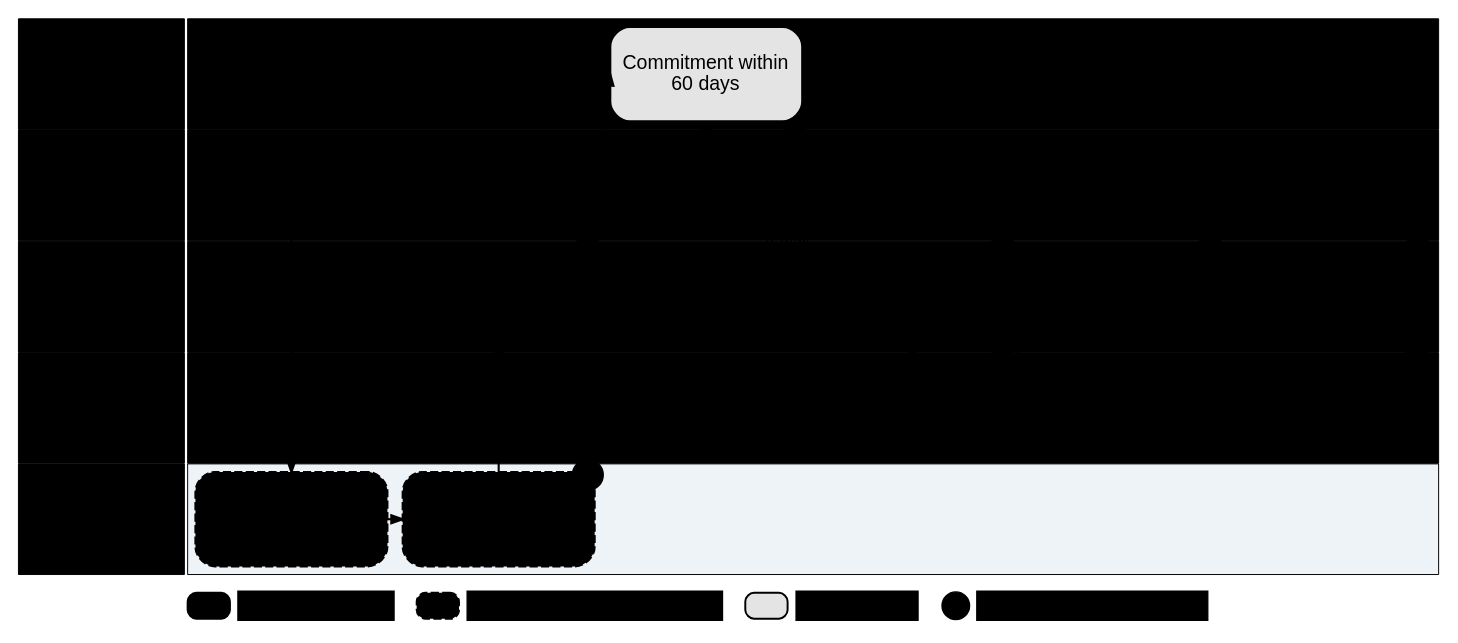
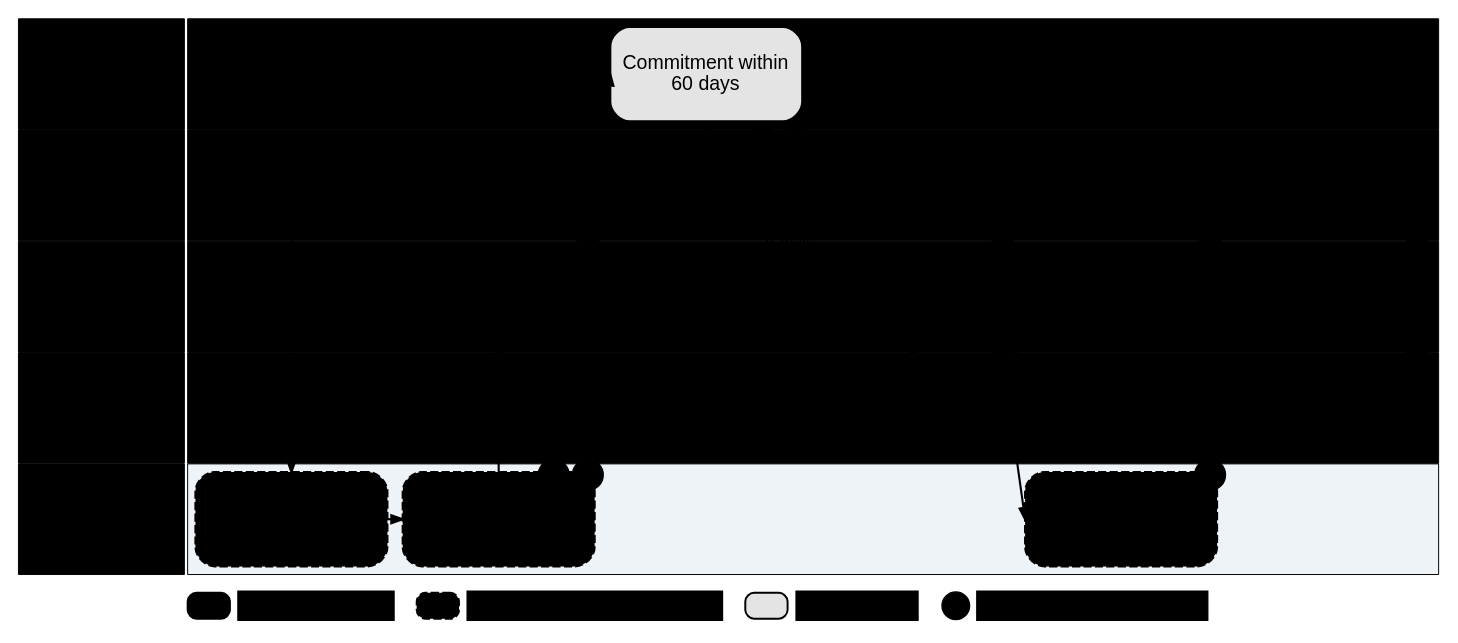
One commit to IortaTexhNXT-DEV/FinVerse changed the diagram in docs/deliverables/src/decks/figures/brd04_asis.dot. Above: the diagram before and after it, drawn with Graphviz. The commit also changed 70 other files, not shown here.

First line of the commit message:
Issue the business process deck v2.0 as the reverse KT to BDOI after the floor walks

```diff
--- a/docs/deliverables/src/decks/figures/brd04_asis.dot
+++ b/docs/deliverables/src/decks/figures/brd04_asis.dot
@@ -1,4 +1,4 @@
-// BRD-4 Collections: As-Is swimlane. Premium receivable follow-up today (CMS BRD p.40-41)
+// Collections: As-Is swimlane. Premium receivable follow-up today (Marketing Collections process flow; BRD-4 p.40-41; CO-01 to CO-03)
 // Generated by docs/deliverables/src/decks/build_process_deck.py from the YAML in
 // process_deck/; edit the YAML and rebuild. Colour tokens are replaced at render time.
 digraph brd04_asis {
@@ -7,43 +7,47 @@
   edge [fontname="Arial"];
   c0 [pos="0,0!", shape=point, width=0.01, style=invis];
   c1 [pos="873.0,372.0!", shape=point, width=0.01, style=invis];
-  r1 [pos="488.5,337.8!", shape=box, style="filled", fillcolor="@DIRTY_WHITE", color="@BORDER", penwidth=0.6, width=10.681, height=0.950, fixedsize=true, margin="0.03,0.02", label=""];
-  r2 [pos="51.0,337.8!", shape=box, style="filled", fillcolor="@MUTED", color="@WHITE", penwidth=0.6, width=1.417, height=0.950, fixedsize=true, margin="0.03,0.02", label=<<font point-size="11.5" color="@WHITE"><b>Client</b></font>>];
-  r3 [pos="488.5,269.4!", shape=box, style="filled", fillcolor="@WHITE", color="@BORDER", penwidth=0.6, width=10.681, height=0.950, fixedsize=true, margin="0.03,0.02", label=""];
-  r4 [pos="51.0,269.4!", shape=box, style="filled", fillcolor="@HEADER_BLUE", color="@WHITE", penwidth=0.6, width=1.417, height=0.950, fixedsize=true, margin="0.03,0.02", label=<<font point-size="11.5" color="@WHITE"><b>Marketing AO</b></font>>];
-  r5 [pos="488.5,201.0!", shape=box, style="filled", fillcolor="@WHITE", color="@BORDER", penwidth=0.6, width=10.681, height=0.950, fixedsize=true, margin="0.03,0.02", label=""];
-  r6 [pos="51.0,201.0!", shape=box, style="filled", fillcolor="@HEADER_BLUE", color="@WHITE", penwidth=0.6, width=1.417, height=0.950, fixedsize=true, margin="0.03,0.02", label=<<font point-size="11.5" color="@WHITE"><b>Collection<br/>Handler</b></font>>];
-  r7 [pos="488.5,132.6!", shape=box, style="filled", fillcolor="@WHITE", color="@BORDER", penwidth=0.6, width=10.681, height=0.950, fixedsize=true, margin="0.03,0.02", label=""];
-  r8 [pos="51.0,132.6!", shape=box, style="filled", fillcolor="@HEADER_BLUE", color="@WHITE", penwidth=0.6, width=1.417, height=0.950, fixedsize=true, margin="0.03,0.02", label=<<font point-size="11.5" color="@WHITE"><b>Operations,<br/>Cashiering</b></font>>];
-  r9 [pos="488.5,64.2!", shape=box, style="filled", fillcolor="#EEF3F8", color="@BORDER", penwidth=0.6, width=10.681, height=0.950, fixedsize=true, margin="0.03,0.02", label=""];
-  r10 [pos="51.0,64.2!", shape=box, style="filled", fillcolor="@FIELD_BLUE", color="@WHITE", penwidth=0.6, width=1.417, height=0.950, fixedsize=true, margin="0.03,0.02", label=<<font point-size="11.5" color="@NEAR_BLACK"><b>EBIX, QPS,<br/>ISYS, Excel</b></font>>];
+  zz_r1 [pos="488.5,337.8!", shape=box, style="filled", fillcolor="@DIRTY_WHITE", color="@BORDER", penwidth=0.6, width=10.681, height=0.950, fixedsize=true, margin="0.03,0.02", label=""];
+  zz_r2 [pos="51.0,337.8!", shape=box, style="filled", fillcolor="@MUTED", color="@WHITE", penwidth=0.6, width=1.417, height=0.950, fixedsize=true, margin="0.03,0.02", label=<<font point-size="11.5" color="@WHITE"><b>Client</b></font>>];
+  zz_r3 [pos="488.5,269.4!", shape=box, style="filled", fillcolor="@WHITE", color="@BORDER", penwidth=0.6, width=10.681, height=0.950, fixedsize=true, margin="0.03,0.02", label=""];
+  zz_r4 [pos="51.0,269.4!", shape=box, style="filled", fillcolor="@HEADER_BLUE", color="@WHITE", penwidth=0.6, width=1.417, height=0.950, fixedsize=true, margin="0.03,0.02", label=<<font point-size="11.5" color="@WHITE"><b>Marketing AO</b></font>>];
+  zz_r5 [pos="488.5,201.0!", shape=box, style="filled", fillcolor="@WHITE", color="@BORDER", penwidth=0.6, width=10.681, height=0.950, fixedsize=true, margin="0.03,0.02", label=""];
+  zz_r6 [pos="51.0,201.0!", shape=box, style="filled", fillcolor="@HEADER_BLUE", color="@WHITE", penwidth=0.6, width=1.417, height=0.950, fixedsize=true, margin="0.03,0.02", label=<<font point-size="11.5" color="@WHITE"><b>Collection<br/>Handler</b></font>>];
+  zz_r7 [pos="488.5,132.6!", shape=box, style="filled", fillcolor="@WHITE", color="@BORDER", penwidth=0.6, width=10.681, height=0.950, fixedsize=true, margin="0.03,0.02", label=""];
+  zz_r8 [pos="51.0,132.6!", shape=box, style="filled", fillcolor="@HEADER_BLUE", color="@WHITE", penwidth=0.6, width=1.417, height=0.950, fixedsize=true, margin="0.03,0.02", label=<<font point-size="11.5" color="@WHITE"><b>Operations,<br/>Cashiering,<br/>insurer</b></font>>];
+  zz_r9 [pos="488.5,64.2!", shape=box, style="filled", fillcolor="#EEF3F8", color="@BORDER", penwidth=0.6, width=10.681, height=0.950, fixedsize=true, margin="0.03,0.02", label=""];
+  zz_r10 [pos="51.0,64.2!", shape=box, style="filled", fillcolor="@FIELD_BLUE", color="@WHITE", penwidth=0.6, width=1.417, height=0.950, fixedsize=true, margin="0.03,0.02", label=<<font point-size="11.5" color="@NEAR_BLACK"><b>EBIX, ICS,<br/>ISYS, Excel</b></font>>];
   a1 [pos="167.8,269.4!", shape=box, style="rounded,filled", fillcolor="@WHITE", color="@HEADER_BLUE", penwidth=1.3, width=1.632, height=0.811, fixedsize=true, margin="0.03,0.02", label=<<font point-size="12" color="@NEAR_BLACK">Client instruction<br/>noted</font>>];
   a2 [pos="167.8,64.2!", shape=box, style="rounded,filled,dashed", fillcolor="@WHITE", color="@MUTED", penwidth=1.3, width=1.632, height=0.811, fixedsize=true, margin="0.03,0.02", label=<<font point-size="12" color="@NEAR_BLACK">Marketing Diary in<br/>ISYS</font>>];
-  a3 [pos="295.2,64.2!", shape=box, style="rounded,filled,dashed", fillcolor="@WHITE", color="@MUTED", penwidth=1.3, width=1.632, height=0.811, fixedsize=true, margin="0.03,0.02", label=<<font point-size="12" color="@NEAR_BLACK">PR list from EBIX<br/>by segment</font>>];
-  m11 [pos="350.0,91.4!", shape=circle, style=filled, fillcolor="@YELLOW", color="@NEAR_BLACK", penwidth=0.8, width=0.264, height=0.264, fixedsize=true, label=<<font point-size="11" color="@NEAR_BLACK"><b>1</b></font>>];
-  a4 [pos="295.2,201.0!", shape=box, style="rounded,filled", fillcolor="@WHITE", color="@HEADER_BLUE", penwidth=1.3, width=1.632, height=0.811, fixedsize=true, margin="0.03,0.02", label=<<font point-size="12" color="@NEAR_BLACK">Follows up as the<br/>diary says</font>>];
-  m12 [pos="350.0,228.2!", shape=circle, style=filled, fillcolor="@YELLOW", color="@NEAR_BLACK", penwidth=0.8, width=0.264, height=0.264, fixedsize=true, label=<<font point-size="11" color="@NEAR_BLACK"><b>2</b></font>>];
+  a3 [pos="295.2,64.2!", shape=box, style="rounded,filled,dashed", fillcolor="@WHITE", color="@MUTED", penwidth=1.3, width=1.632, height=0.811, fixedsize=true, margin="0.03,0.02", label=<<font point-size="11.0" color="@NEAR_BLACK">PR list from EBIX<br/>in ICS; balance per<br/>client unreliable</font>>];
+  zz_m11 [pos="350.0,91.4!", shape=circle, style=filled, fillcolor="@YELLOW", color="@NEAR_BLACK", penwidth=0.8, width=0.264, height=0.264, fixedsize=true, label=<<font point-size="11" color="@NEAR_BLACK"><b>9</b></font>>];
+  zz_m12 [pos="329.0,91.4!", shape=circle, style=filled, fillcolor="@YELLOW", color="@NEAR_BLACK", penwidth=0.8, width=0.264, height=0.264, fixedsize=true, label=<<font point-size="11" color="@NEAR_BLACK"><b>1</b></font>>];
+  a4 [pos="295.2,201.0!", shape=box, style="rounded,filled", fillcolor="@WHITE", color="@HEADER_BLUE", penwidth=1.3, width=1.632, height=0.811, fixedsize=true, margin="0.03,0.02", label=<<font point-size="12" color="@NEAR_BLACK">Follows up as the<br/>diary says (10-15<br/>days)</font>>];
+  zz_m13 [pos="350.0,228.2!", shape=circle, style=filled, fillcolor="@YELLOW", color="@NEAR_BLACK", penwidth=0.8, width=0.264, height=0.264, fixedsize=true, label=<<font point-size="11" color="@NEAR_BLACK"><b>2</b></font>>];
   a5 [pos="422.8,337.8!", shape=box, style="rounded,filled", fillcolor="#E4E4E4", color="@MUTED", penwidth=1.3, width=1.632, height=0.811, fixedsize=true, margin="0.03,0.02", label=<<font point-size="12" color="@NEAR_BLACK">Commitment within<br/>60 days</font>>];
-  a6 [pos="422.8,269.4!", shape=box, style="rounded,filled", fillcolor="@WHITE", color="@HEADER_BLUE", penwidth=1.3, width=1.632, height=0.811, fixedsize=true, margin="0.03,0.02", label=<<font point-size="12" color="@NEAR_BLACK">CTE and escalation<br/>by e-mail</font>>];
-  m13 [pos="477.5,296.6!", shape=circle, style=filled, fillcolor="@YELLOW", color="@NEAR_BLACK", penwidth=0.8, width=0.264, height=0.264, fixedsize=true, label=<<font point-size="11" color="@NEAR_BLACK"><b>3</b></font>>];
+  a6 [pos="422.8,269.4!", shape=box, style="rounded,filled", fillcolor="@WHITE", color="@HEADER_BLUE", penwidth=1.3, width=1.632, height=0.811, fixedsize=true, margin="0.03,0.02", label=<<font point-size="12" color="@NEAR_BLACK">CTE and escalation<br/>by e-mail; no<br/>credit policy</font>>];
+  zz_m14 [pos="477.5,296.6!", shape=circle, style=filled, fillcolor="@YELLOW", color="@NEAR_BLACK", penwidth=0.8, width=0.264, height=0.264, fixedsize=true, label=<<font point-size="11" color="@NEAR_BLACK"><b>10</b></font>>];
+  zz_m15 [pos="456.5,296.6!", shape=circle, style=filled, fillcolor="@YELLOW", color="@NEAR_BLACK", penwidth=0.8, width=0.264, height=0.264, fixedsize=true, label=<<font point-size="11" color="@NEAR_BLACK"><b>3</b></font>>];
   a7 [pos="550.2,201.0!", shape=box, style="rounded,filled", fillcolor="@WHITE", color="@HEADER_BLUE", penwidth=1.3, width=1.632, height=0.811, fixedsize=true, margin="0.03,0.02", label=<<font point-size="12" color="@NEAR_BLACK">Day 60:<br/>disposition, A/B/C<br/>tag</font>>];
-  m14 [pos="605.0,228.2!", shape=circle, style=filled, fillcolor="@YELLOW", color="@NEAR_BLACK", penwidth=0.8, width=0.264, height=0.264, fixedsize=true, label=<<font point-size="11" color="@NEAR_BLACK"><b>4</b></font>>];
+  zz_m16 [pos="605.0,228.2!", shape=circle, style=filled, fillcolor="@YELLOW", color="@NEAR_BLACK", penwidth=0.8, width=0.264, height=0.264, fixedsize=true, label=<<font point-size="11" color="@NEAR_BLACK"><b>4</b></font>>];
   a8 [pos="550.2,132.6!", shape=box, style="rounded,filled", fillcolor="@WHITE", color="@HEADER_BLUE", penwidth=1.3, width=1.632, height=0.811, fixedsize=true, margin="0.03,0.02", label=<<font point-size="12" color="@NEAR_BLACK">Payment status<br/>checked by channel</font>>];
-  m15 [pos="605.0,159.8!", shape=circle, style=filled, fillcolor="@YELLOW", color="@NEAR_BLACK", penwidth=0.8, width=0.264, height=0.264, fixedsize=true, label=<<font point-size="11" color="@NEAR_BLACK"><b>5</b></font>>];
-  a9 [pos="677.8,201.0!", shape=box, style="rounded,filled", fillcolor="@WHITE", color="@HEADER_BLUE", penwidth=1.3, width=1.632, height=0.811, fixedsize=true, margin="0.03,0.02", label=<<font point-size="12" color="@NEAR_BLACK">2307 tag handed<br/>over by hand</font>>];
-  m16 [pos="732.5,228.2!", shape=circle, style=filled, fillcolor="@YELLOW", color="@NEAR_BLACK", penwidth=0.8, width=0.264, height=0.264, fixedsize=true, label=<<font point-size="11" color="@NEAR_BLACK"><b>6</b></font>>];
-  a10 [pos="805.2,132.6!", shape=box, style="rounded,filled", fillcolor="@WHITE", color="@HEADER_BLUE", penwidth=1.3, width=1.632, height=0.811, fixedsize=true, margin="0.03,0.02", label=<<font point-size="12" color="@NEAR_BLACK">Monthly DP report<br/>for reversal</font>>];
-  m17 [pos="860.0,159.8!", shape=circle, style=filled, fillcolor="@YELLOW", color="@NEAR_BLACK", penwidth=0.8, width=0.264, height=0.264, fixedsize=true, label=<<font point-size="11" color="@NEAR_BLACK"><b>7</b></font>>];
-  a11 [pos="805.2,201.0!", shape=box, style="rounded,filled", fillcolor="@WHITE", color="@HEADER_BLUE", penwidth=1.3, width=1.632, height=0.811, fixedsize=true, margin="0.03,0.02", label=<<font point-size="12" color="@NEAR_BLACK">Cheque pick-up;<br/>2307 printed</font>>];
-  m18 [pos="860.0,228.2!", shape=circle, style=filled, fillcolor="@YELLOW", color="@NEAR_BLACK", penwidth=0.8, width=0.264, height=0.264, fixedsize=true, label=<<font point-size="11" color="@NEAR_BLACK"><b>8</b></font>>];
-  r19 [pos="117.0,11.0!", shape=box, style="rounded,filled", fillcolor="@WHITE", color="@HEADER_BLUE", penwidth=1.2, width=0.361, height=0.222, fixedsize=true, margin="0.03,0.02", label=""];
-  r20 [pos="182.9,11.0!", shape=box, style="filled", fillcolor="@WHITE", color="@WHITE", penwidth=0.8, width=1.331, height=0.250, fixedsize=true, margin="0.03,0.02", label=<<font point-size="10.5" color="@TEXT">Manual step (BDOI)</font>>];
-  r21 [pos="257.8,11.0!", shape=box, style="rounded,filled,dashed", fillcolor="@WHITE", color="@MUTED", penwidth=1.2, width=0.361, height=0.222, fixedsize=true, margin="0.03,0.02", label=""];
-  r22 [pos="354.3,11.0!", shape=box, style="filled", fillcolor="@WHITE", color="@WHITE", penwidth=0.8, width=2.181, height=0.250, fixedsize=true, margin="0.03,0.02", label=<<font point-size="10.5" color="@TEXT">Step in today's system or file</font>>];
-  r23 [pos="459.8,11.0!", shape=box, style="rounded,filled", fillcolor="#E4E4E4", color="@MUTED", penwidth=1.2, width=0.361, height=0.222, fixedsize=true, margin="0.03,0.02", label=""];
-  r24 [pos="515.5,11.0!", shape=box, style="filled", fillcolor="@WHITE", color="@WHITE", penwidth=0.8, width=1.047, height=0.250, fixedsize=true, margin="0.03,0.02", label=<<font point-size="10.5" color="@TEXT">External party</font>>];
-  m25 [pos="576.2,11.0!", shape=circle, style=filled, fillcolor="@YELLOW", color="@NEAR_BLACK", penwidth=0.8, width=0.236, height=0.236, fixedsize=true, label=<<font point-size="11" color="@NEAR_BLACK"><b>1</b></font>>];
-  r26 [pos="660.1,11.0!", shape=box, style="filled", fillcolor="@WHITE", color="@WHITE", penwidth=0.8, width=1.968, height=0.250, fixedsize=true, margin="0.03,0.02", label=<<font point-size="10.5" color="@TEXT">Pain point (see next slide)</font>>];
+  zz_m17 [pos="605.0,159.8!", shape=circle, style=filled, fillcolor="@YELLOW", color="@NEAR_BLACK", penwidth=0.8, width=0.264, height=0.264, fixedsize=true, label=<<font point-size="11" color="@NEAR_BLACK"><b>5</b></font>>];
+  a9 [pos="677.8,64.2!", shape=box, style="rounded,filled,dashed", fillcolor="@WHITE", color="@MUTED", penwidth=1.3, width=1.632, height=0.811, fixedsize=true, margin="0.03,0.02", label=<<font point-size="12" color="@NEAR_BLACK">ICS status stays<br/>on last action;<br/>ageing runs</font>>];
+  zz_m18 [pos="732.5,91.4!", shape=circle, style=filled, fillcolor="@YELLOW", color="@NEAR_BLACK", penwidth=0.8, width=0.264, height=0.264, fixedsize=true, label=<<font point-size="11" color="@NEAR_BLACK"><b>9</b></font>>];
+  a10 [pos="677.8,201.0!", shape=box, style="rounded,filled", fillcolor="@WHITE", color="@HEADER_BLUE", penwidth=1.3, width=1.632, height=0.811, fixedsize=true, margin="0.03,0.02", label=<<font point-size="12" color="@NEAR_BLACK">2307 tag handed<br/>over by hand</font>>];
+  zz_m19 [pos="732.5,228.2!", shape=circle, style=filled, fillcolor="@YELLOW", color="@NEAR_BLACK", penwidth=0.8, width=0.264, height=0.264, fixedsize=true, label=<<font point-size="11" color="@NEAR_BLACK"><b>6</b></font>>];
+  a11 [pos="805.2,132.6!", shape=box, style="rounded,filled", fillcolor="@WHITE", color="@HEADER_BLUE", penwidth=1.3, width=1.632, height=0.811, fixedsize=true, margin="0.03,0.02", label=<<font point-size="12" color="@NEAR_BLACK">Monthly DP report<br/>for reversal</font>>];
+  zz_m20 [pos="860.0,159.8!", shape=circle, style=filled, fillcolor="@YELLOW", color="@NEAR_BLACK", penwidth=0.8, width=0.264, height=0.264, fixedsize=true, label=<<font point-size="11" color="@NEAR_BLACK"><b>7</b></font>>];
+  a12 [pos="805.2,201.0!", shape=box, style="rounded,filled", fillcolor="@WHITE", color="@HEADER_BLUE", penwidth=1.3, width=1.632, height=0.811, fixedsize=true, margin="0.03,0.02", label=<<font point-size="12" color="@NEAR_BLACK">Cheque pick-up;<br/>2307 printed</font>>];
+  zz_m21 [pos="860.0,228.2!", shape=circle, style=filled, fillcolor="@YELLOW", color="@NEAR_BLACK", penwidth=0.8, width=0.264, height=0.264, fixedsize=true, label=<<font point-size="11" color="@NEAR_BLACK"><b>8</b></font>>];
+  zz_r22 [pos="117.0,11.0!", shape=box, style="rounded,filled", fillcolor="@WHITE", color="@HEADER_BLUE", penwidth=1.2, width=0.361, height=0.222, fixedsize=true, margin="0.03,0.02", label=""];
+  zz_r23 [pos="182.9,11.0!", shape=box, style="filled", fillcolor="@WHITE", color="@WHITE", penwidth=0.8, width=1.331, height=0.250, fixedsize=true, margin="0.03,0.02", label=<<font point-size="10.5" color="@TEXT">Manual step (BDOI)</font>>];
+  zz_r24 [pos="257.8,11.0!", shape=box, style="rounded,filled,dashed", fillcolor="@WHITE", color="@MUTED", penwidth=1.2, width=0.361, height=0.222, fixedsize=true, margin="0.03,0.02", label=""];
+  zz_r25 [pos="354.3,11.0!", shape=box, style="filled", fillcolor="@WHITE", color="@WHITE", penwidth=0.8, width=2.181, height=0.250, fixedsize=true, margin="0.03,0.02", label=<<font point-size="10.5" color="@TEXT">Step in today's system or file</font>>];
+  zz_r26 [pos="459.8,11.0!", shape=box, style="rounded,filled", fillcolor="#E4E4E4", color="@MUTED", penwidth=1.2, width=0.361, height=0.222, fixedsize=true, margin="0.03,0.02", label=""];
+  zz_r27 [pos="515.5,11.0!", shape=box, style="filled", fillcolor="@WHITE", color="@WHITE", penwidth=0.8, width=1.047, height=0.250, fixedsize=true, margin="0.03,0.02", label=<<font point-size="10.5" color="@TEXT">External party</font>>];
+  zz_m28 [pos="576.2,11.0!", shape=circle, style=filled, fillcolor="@YELLOW", color="@NEAR_BLACK", penwidth=0.8, width=0.236, height=0.236, fixedsize=true, label=<<font point-size="11" color="@NEAR_BLACK"><b>1</b></font>>];
+  zz_r29 [pos="660.1,11.0!", shape=box, style="filled", fillcolor="@WHITE", color="@WHITE", penwidth=0.8, width=1.968, height=0.250, fixedsize=true, margin="0.03,0.02", label=<<font point-size="10.5" color="@TEXT">Pain point (see next slide)</font>>];
   a1 -> a2 [color="@HEADER_BLUE", style=solid, penwidth=1.3, arrowsize=0.7, tailport=s, headport=n];
   a2 -> a3 [color="@HEADER_BLUE", style=solid, penwidth=1.3, arrowsize=0.7, tailport=e, headport=w];
   a3 -> a4 [color="@HEADER_BLUE", style=solid, penwidth=1.3, arrowsize=0.7, tailport=n, headport=s];
@@ -52,6 +56,7 @@
   a6 -> a7 [color="@MUTED", style=dashed, penwidth=1.3, arrowsize=0.7, tailport=e, headport=w, label=<<font point-size="10" color="@MUTED">e-mail</font>>];
   a7 -> a8 [color="@MUTED", style=dashed, penwidth=1.3, arrowsize=0.7, tailport=s, headport=n];
   a8 -> a9 [color="@HEADER_BLUE", style=solid, penwidth=1.3, arrowsize=0.7, tailport=e, headport=w];
-  a9 -> a10 [color="@MUTED", style=dashed, penwidth=1.3, arrowsize=0.7, tailport=e, headport=w];
-  a9 -> a11 [color="@HEADER_BLUE", style=solid, penwidth=1.3, arrowsize=0.7, tailport=e, headport=w];
+  a8 -> a10 [color="@HEADER_BLUE", style=solid, penwidth=1.3, arrowsize=0.7, tailport=e, headport=w];
+  a10 -> a11 [color="@MUTED", style=dashed, penwidth=1.3, arrowsize=0.7, tailport=e, headport=w];
+  a10 -> a12 [color="@HEADER_BLUE", style=solid, penwidth=1.3, arrowsize=0.7, tailport=e, headport=w];
 }
```
